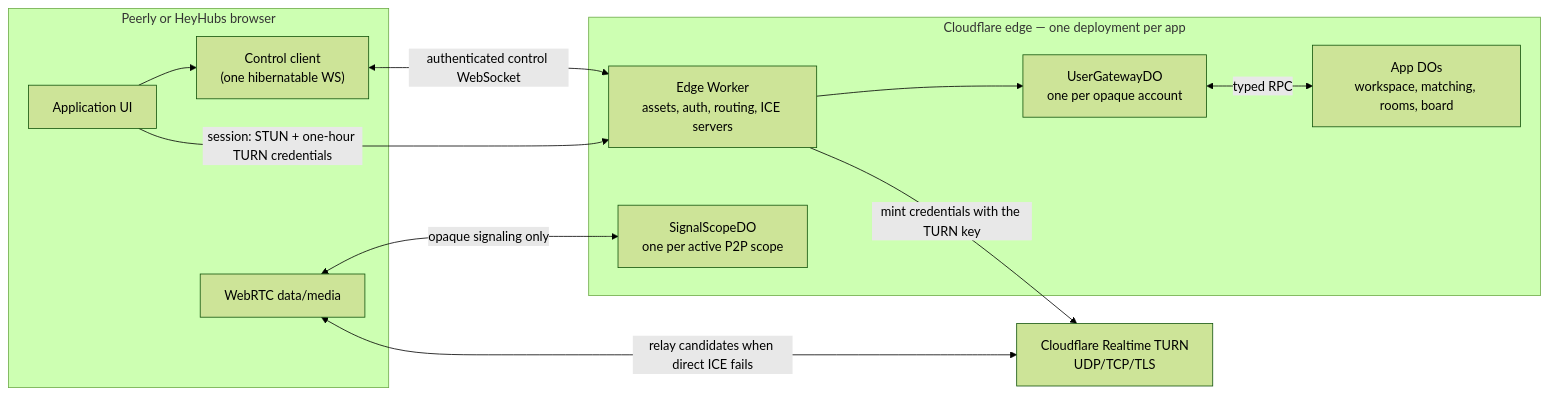
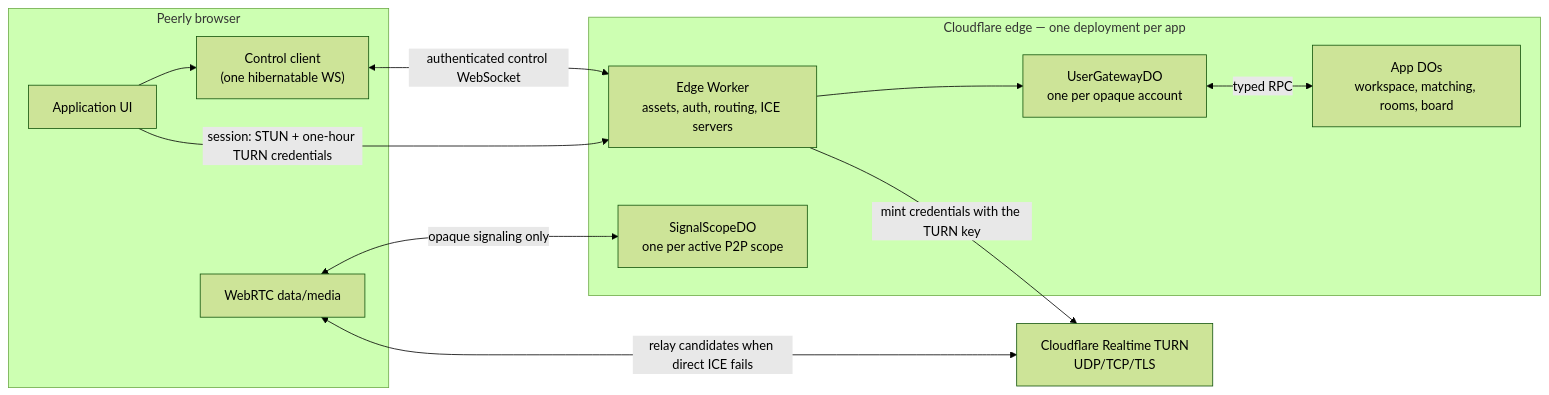
One commit to codefusion-cc/peerly changed the diagram in docs/DURABLE_OBJECTS_ARCHITECTURE.md. Above: the diagram before and after it, drawn with Mermaid (forest theme). The commit also changed other lines of this file and 17 other files, not shown here.

````diff
--- a/docs/DURABLE_OBJECTS_ARCHITECTURE.md
+++ b/docs/DURABLE_OBJECTS_ARCHITECTURE.md
@@ -129,26 +136,26 @@
 ```mermaid
 flowchart LR
-  subgraph Browser["Peerly or HeyHubs browser"]
+  subgraph Browser["Peerly browser"]
     UI["Application UI"]
     GC["Control client\n(one hibernatable WS)"]
     RTC["WebRTC data/media"]
   end
 
   subgraph CF["Cloudflare edge — one deployment per app"]
     EW["Edge Worker\nassets, auth, routing, ICE servers"]
     UG["UserGatewayDO\none per opaque account"]
     SS["SignalScopeDO\none per active P2P scope"]
     APP["App DOs\nworkspace, matching, rooms, board"]
   end
 
   TURN["Cloudflare Realtime TURN\nUDP/TCP/TLS"]
 
   UI --> GC
   GC <-->|"authenticated control WebSocket"| EW
   EW --> UG
   UG <-->|"typed RPC"| APP
   RTC <-->|"opaque signaling only"| SS
   RTC <-->|"relay candidates when direct ICE fails"| TURN
   UI -->|"session: STUN + one-hour TURN credentials"| EW
   EW -->|"mint credentials with the TURN key"| TURN
 ```
````
